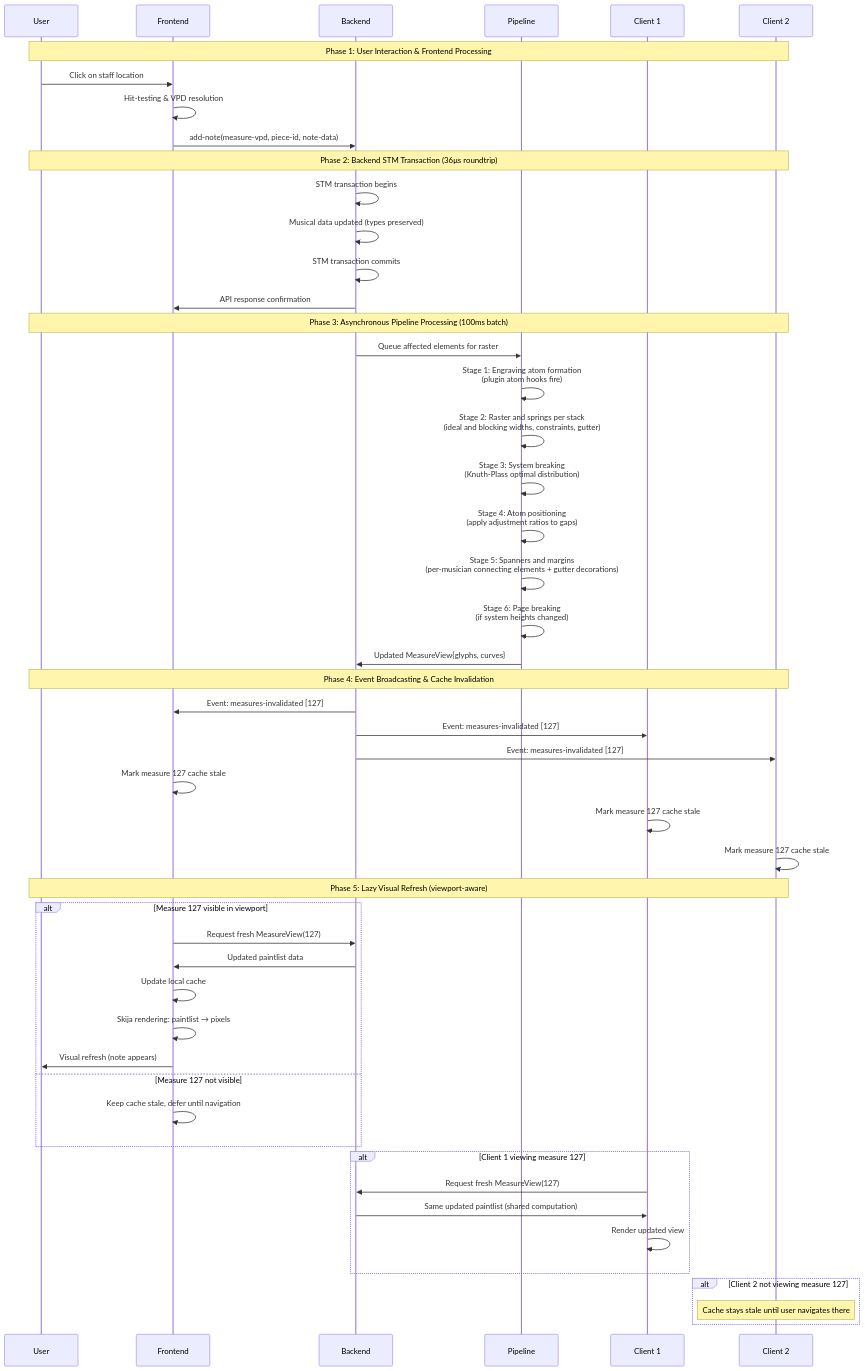
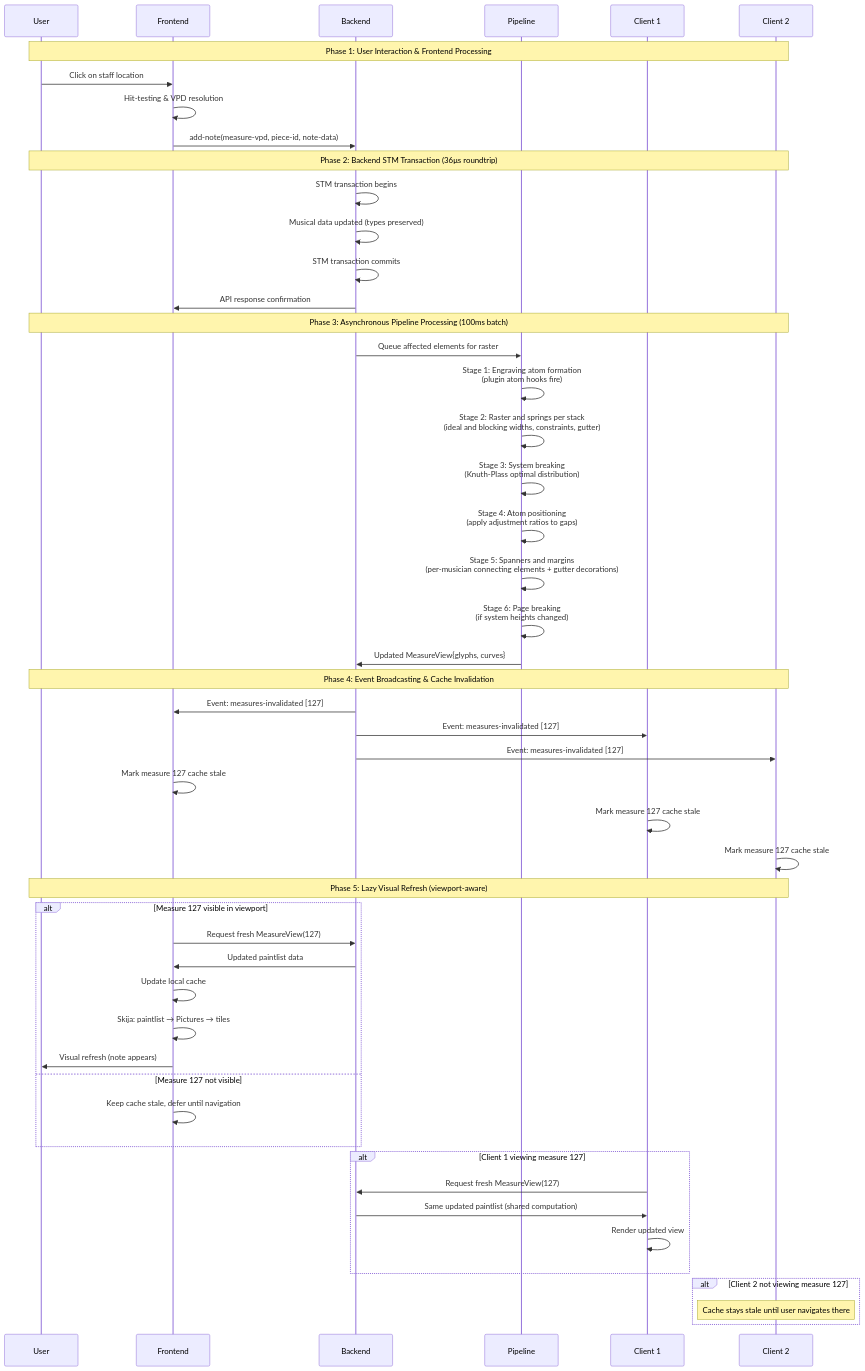
Before and after one commit to PeterBengtson/Ooloi-docs: the third of 4 diagrams in ADRs/0028-Hierarchical-Rendering-Pipeline.md, drawn with Mermaid. The commit also changed other lines of this file and 15 other files, not shown here.

````diff
--- a/ADRs/0028-Hierarchical-Rendering-Pipeline.md
+++ b/ADRs/0028-Hierarchical-Rendering-Pipeline.md
@@ -302,60 +302,60 @@
 ```mermaid
 sequenceDiagram
     participant U as User
     participant F as Frontend
     participant B as Backend
     participant P as Pipeline
     participant C1 as Client 1
     participant C2 as Client 2
 
     Note over U,C2: Phase 1: User Interaction & Frontend Processing
     U->>F: Click on staff location
     F->>F: Hit-testing & VPD resolution
     F->>B: add-note(measure-vpd, piece-id, note-data)
 
     Note over U,C2: Phase 2: Backend STM Transaction (36μs roundtrip)
     B->>B: STM transaction begins
     B->>B: Musical data updated (types preserved)
     B->>B: STM transaction commits
     B->>F: API response confirmation
 
     Note over U,C2: Phase 3: Asynchronous Pipeline Processing (100ms batch)
     B->>P: Queue affected elements for raster
     P->>P: Stage 1: Engraving atom formation<br/>(plugin atom hooks fire)
     P->>P: Stage 2: Raster and springs per stack<br/>(ideal and blocking widths, constraints, gutter)
     P->>P: Stage 3: System breaking<br/>(Knuth-Plass optimal distribution)
     P->>P: Stage 4: Atom positioning<br/>(apply adjustment ratios to gaps)
     P->>P: Stage 5: Spanners and margins<br/>(per-musician connecting elements + gutter decorations)
     P->>P: Stage 6: Page breaking<br/>(if system heights changed)
     P->>B: Updated MeasureView{glyphs, curves}
 
     Note over U,C2: Phase 4: Event Broadcasting & Cache Invalidation
     B->>F: Event: measures-invalidated [127]
     B->>C1: Event: measures-invalidated [127]
     B->>C2: Event: measures-invalidated [127]
 
     F->>F: Mark measure 127 cache stale
     C1->>C1: Mark measure 127 cache stale
     C2->>C2: Mark measure 127 cache stale
 
     Note over U,C2: Phase 5: Lazy Visual Refresh (viewport-aware)
     alt Measure 127 visible in viewport
         F->>B: Request fresh MeasureView(127)
         B->>F: Updated paintlist data
         F->>F: Update local cache
-        F->>F: Skija rendering: paintlist → pixels
+        F->>F: Skija: paintlist → Pictures → tiles
         F->>U: Visual refresh (note appears)
     else Measure 127 not visible
         F->>F: Keep cache stale, defer until navigation
     end
 
     alt Client 1 viewing measure 127
         C1->>B: Request fresh MeasureView(127)
         B->>C1: Same updated paintlist (shared computation)
         C1->>C1: Render updated view
     end
 
     alt Client 2 not viewing measure 127
         Note over C2: Cache stays stale until user navigates there
     end
 ```
````
